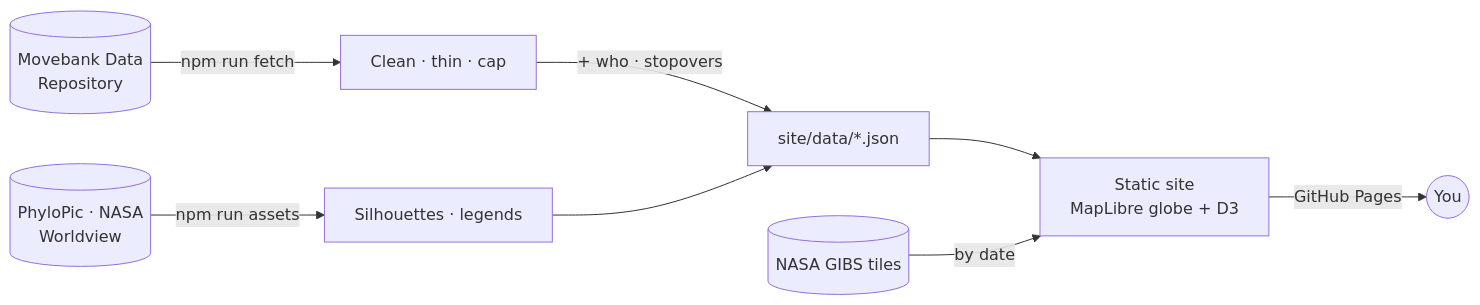
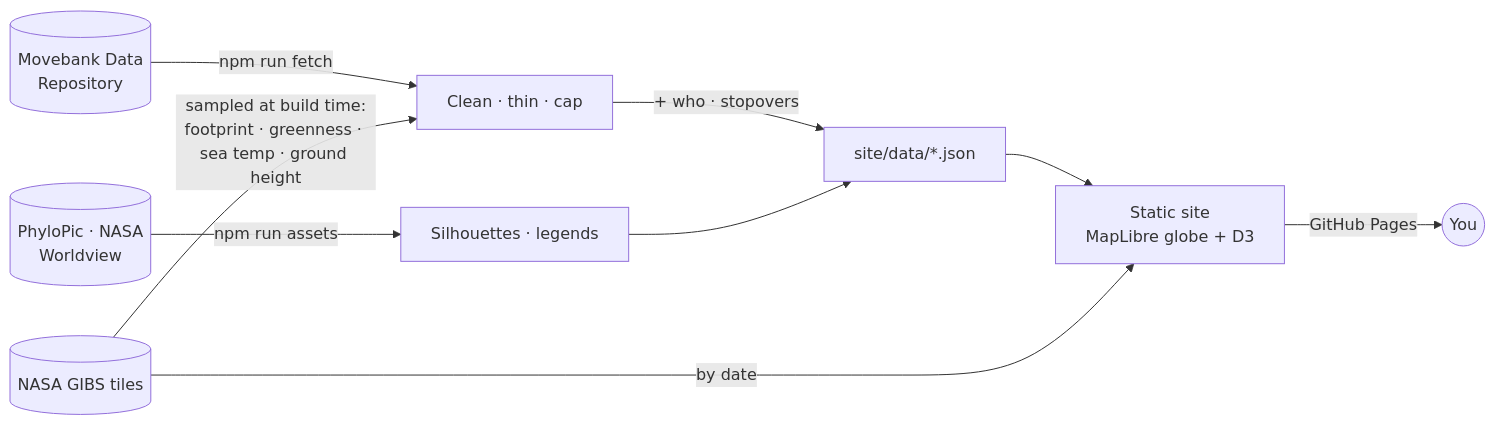
The diagram in README.md (amalmehta/TrackTheMigration), drawn with Mermaid before and after one commit. The commit also changed other lines of this file and 57 other files, not shown here.

````diff
--- a/README.md
+++ b/README.md
@@ -21,10 +25,11 @@
 ```mermaid
 flowchart LR
   MDR[(Movebank Data<br>Repository)] -->|npm run fetch| P[Clean · thin · cap]
   PP[(PhyloPic · NASA<br>Worldview)] -->|npm run assets| A[Silhouettes · legends]
   P -->|+ who · stopovers| J[site/data/*.json]
+  G -->|sampled at build time:<br>footprint · greenness · sea temp · ground height| P
   A --> J
   J --> S[Static site<br>MapLibre globe + D3]
   G[(NASA GIBS tiles)] -->|by date| S
   S -->|GitHub Pages| You((You))
 ```
````
